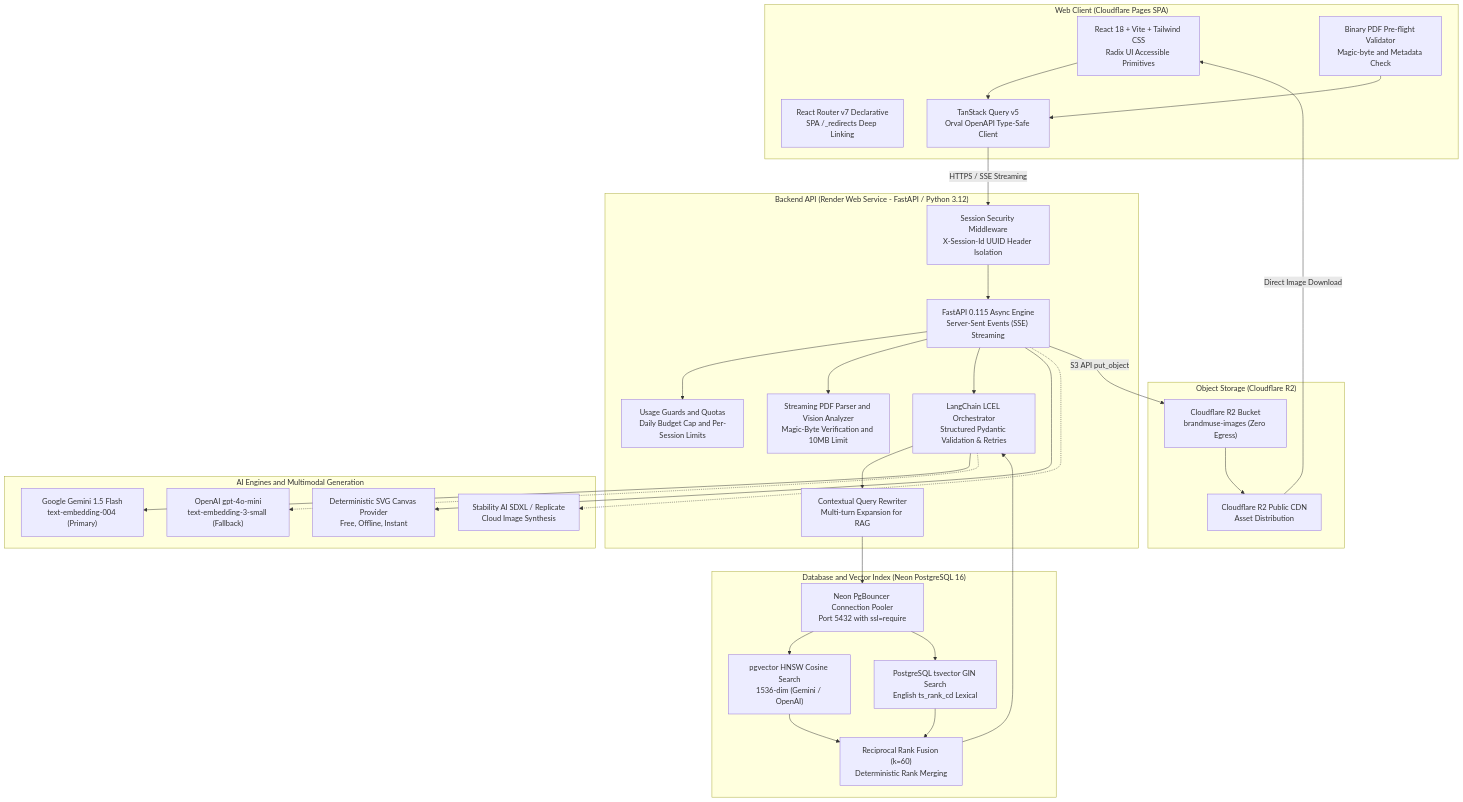
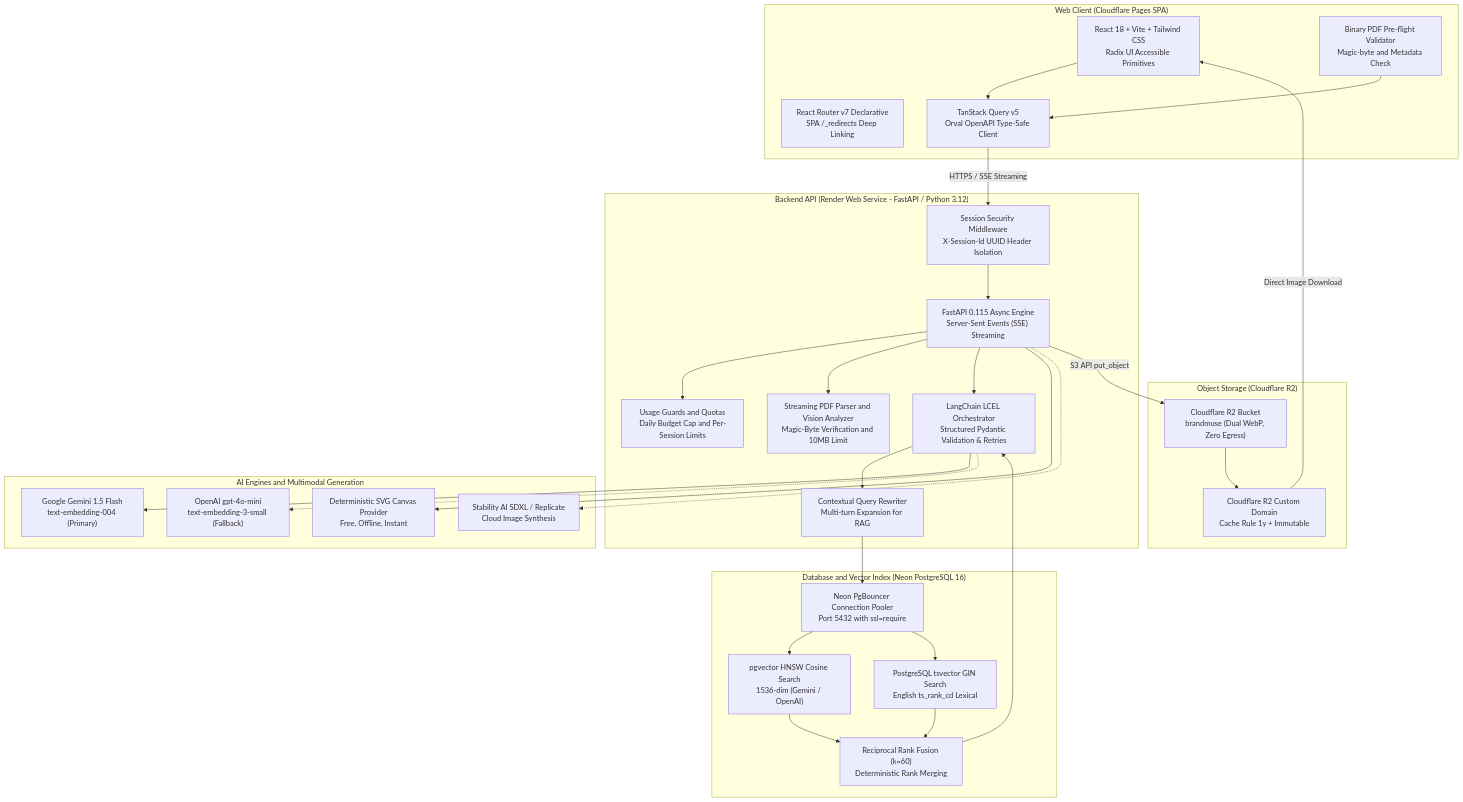
The diagram in README.md (rflishrl/brandmuse), drawn with Mermaid before and after one commit. The commit also changed other lines of this file and 43 other files, not shown here.

Commit message:
feat(storage): harden Cloudflare R2 integration with dual WebP, prefix guard, and quota telemetry

````diff
--- a/README.md
+++ b/README.md
@@ -28,62 +28,62 @@
 ```mermaid
 flowchart TD
     subgraph Client["Web Client (Cloudflare Pages SPA)"]
         UI["React 18 + Vite + Tailwind CSS\nRadix UI Accessible Primitives"]
         Router["React Router v7 Declarative\nSPA /_redirects Deep Linking"]
         TQ["TanStack Query v5\nOrval OpenAPI Type-Safe Client"]
         Preflight["Binary PDF Pre-flight Validator\nMagic-byte and Metadata Check"]
     end
 
     subgraph API["Backend API (Render Web Service - FastAPI / Python 3.12)"]
         FastAPI["FastAPI 0.115 Async Engine\nServer-Sent Events (SSE) Streaming"]
         Security["Session Security Middleware\nX-Session-Id UUID Header Isolation"]
         RateLimit["Usage Guards and Quotas\nDaily Budget Cap and Per-Session Limits"]
         Ingestion["Streaming PDF Parser and Vision Analyzer\nMagic-Byte Verification and 10MB Limit"]
         LC["LangChain LCEL Orchestrator\nStructured Pydantic Validation & Retries"]
         QueryModule["Contextual Query Rewriter\nMulti-turn Expansion for RAG"]
     end
 
     subgraph Database["Database and Vector Index (Neon PostgreSQL 16)"]
         NeonPooler["Neon PgBouncer Connection Pooler\nPort 5432 with ssl=require"]
         VecSearch["pgvector HNSW Cosine Search\n1536-dim (Gemini / OpenAI)"]
         FTSearch["PostgreSQL tsvector GIN Search\nEnglish ts_rank_cd Lexical"]
         RRF["Reciprocal Rank Fusion (k=60)\nDeterministic Rank Merging"]
     end
 
     subgraph Storage["Object Storage (Cloudflare R2)"]
-        R2Bucket["Cloudflare R2 Bucket\nbrandmuse-images (Zero Egress)"]
-        R2CDN["Cloudflare R2 Public CDN\nAsset Distribution"]
+        R2Bucket["Cloudflare R2 Bucket\nbrandmuse (Dual WebP, Zero Egress)"]
+        R2CDN["Cloudflare R2 Custom Domain\nCache Rule 1y + Immutable"]
     end
 
     subgraph AI["AI Engines and Multimodal Generation"]
         Gemini["Google Gemini 1.5 Flash\ntext-embedding-004 (Primary)"]
         OpenAI["OpenAI gpt-4o-mini\ntext-embedding-3-small (Fallback)"]
         MockImg["Deterministic SVG Canvas Provider\nFree, Offline, Instant"]
         CloudImg["Stability AI SDXL / Replicate\nCloud Image Synthesis"]
     end
 
     UI --> TQ
     Preflight --> TQ
     TQ -->|HTTPS / SSE Streaming| Security
     Security --> FastAPI
     FastAPI --> RateLimit
     FastAPI --> Ingestion
     FastAPI --> LC
 
     LC --> QueryModule
     QueryModule --> NeonPooler
     NeonPooler --> VecSearch
     NeonPooler --> FTSearch
     VecSearch --> RRF
     FTSearch --> RRF
     RRF --> LC
 
     LC --> Gemini
     LC -.-> OpenAI
 
     FastAPI --> MockImg
     FastAPI -.-> CloudImg
     FastAPI -->|S3 API put_object| R2Bucket
     R2Bucket --> R2CDN
     R2CDN -->|Direct Image Download| UI
 ```
````
